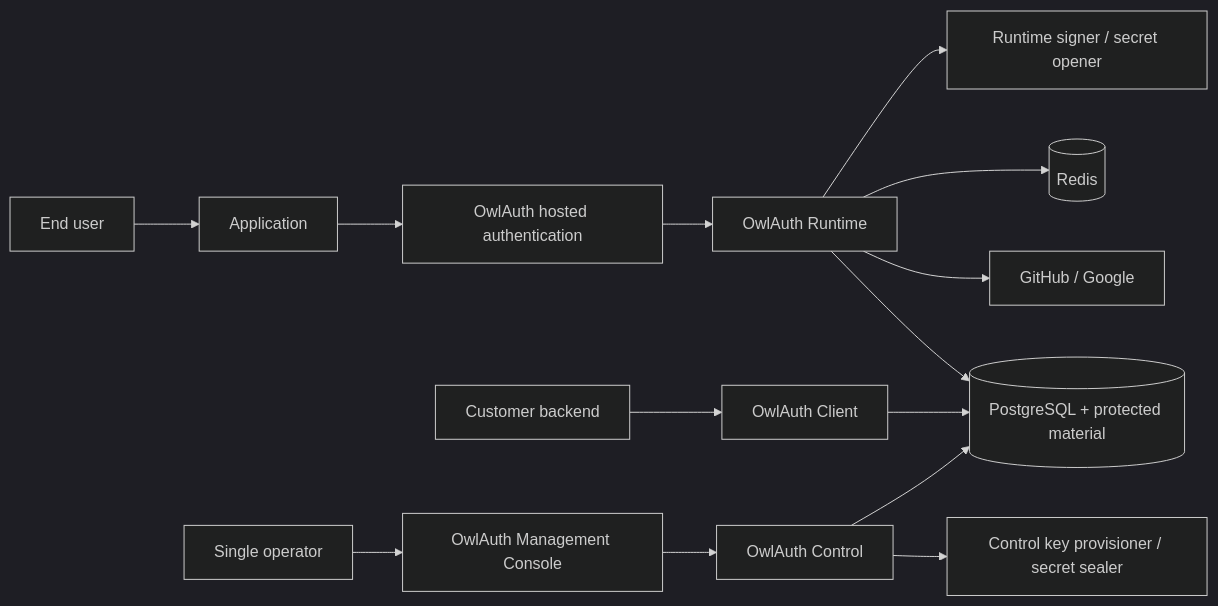
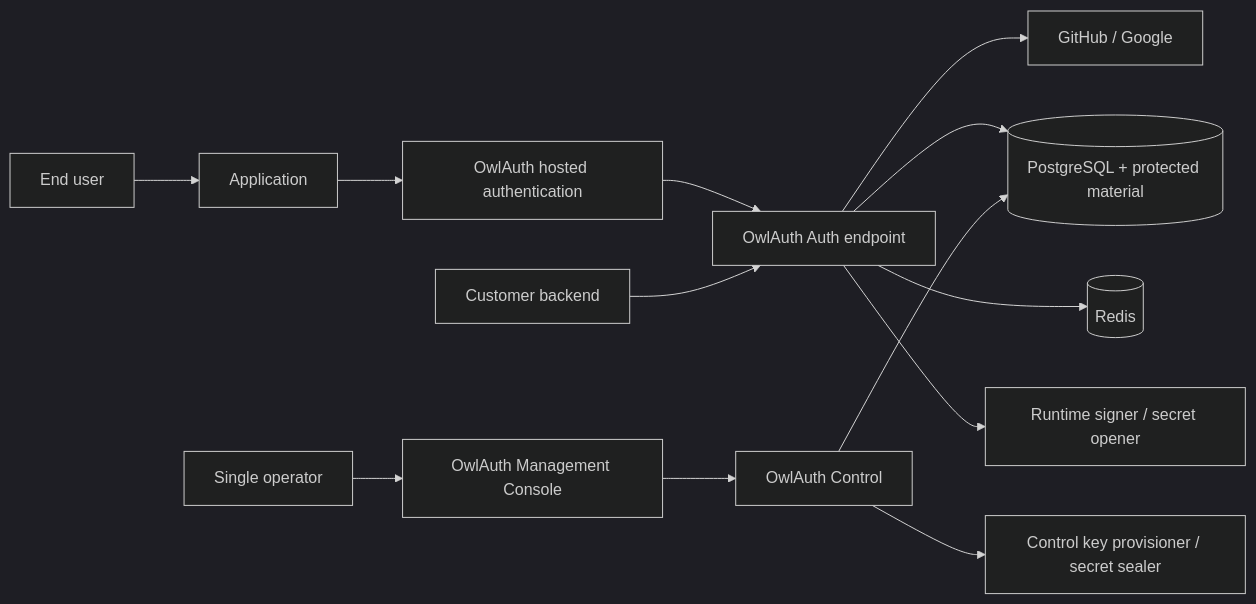
One commit to owlfoundry/owlauth changed the third of 4 diagrams in spec/01-system-context-and-goals.md. Above: the diagram before and after it, drawn with Mermaid (dark theme). The commit also changed other lines of this file and 182 other files, not shown here.

````diff
--- a/spec/01-system-context-and-goals.md
+++ b/spec/01-system-context-and-goals.md
@@ -154,18 +152,17 @@
 ```mermaid
 flowchart LR
     User[End user] --> App[Application]
     App --> Hosted[OwlAuth hosted authentication]
-    Hosted --> Runtime[OwlAuth Runtime]
-    Runtime --> Provider[GitHub / Google]
-    Runtime --> PG[(PostgreSQL + protected material)]
-    Runtime --> Redis[(Redis)]
-    Runtime --> RKP[Runtime signer / secret opener]
+    Hosted --> Auth[OwlAuth Auth endpoint]
+    Auth --> Provider[GitHub / Google]
+    Auth --> PG[(PostgreSQL + protected material)]
+    Auth --> Redis[(Redis)]
+    Auth --> RKP[Runtime signer / secret opener]
 
-    Backend[Customer backend] --> Client[OwlAuth Client]
-    Client --> PG
+    Backend[Customer backend] --> Auth
 
     Operator[Single operator] --> Console[OwlAuth Management Console]
     Console --> Control[OwlAuth Control]
     Control --> PG
     Control --> CKP[Control key provisioner / secret sealer]
 ```
````
